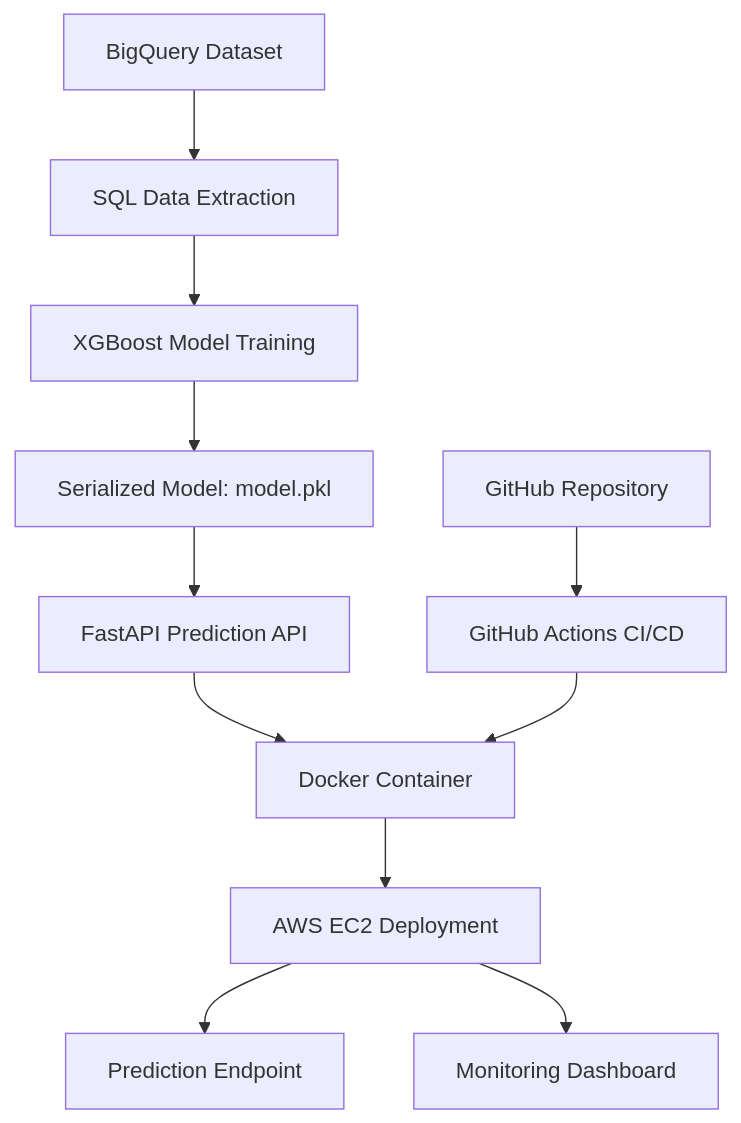
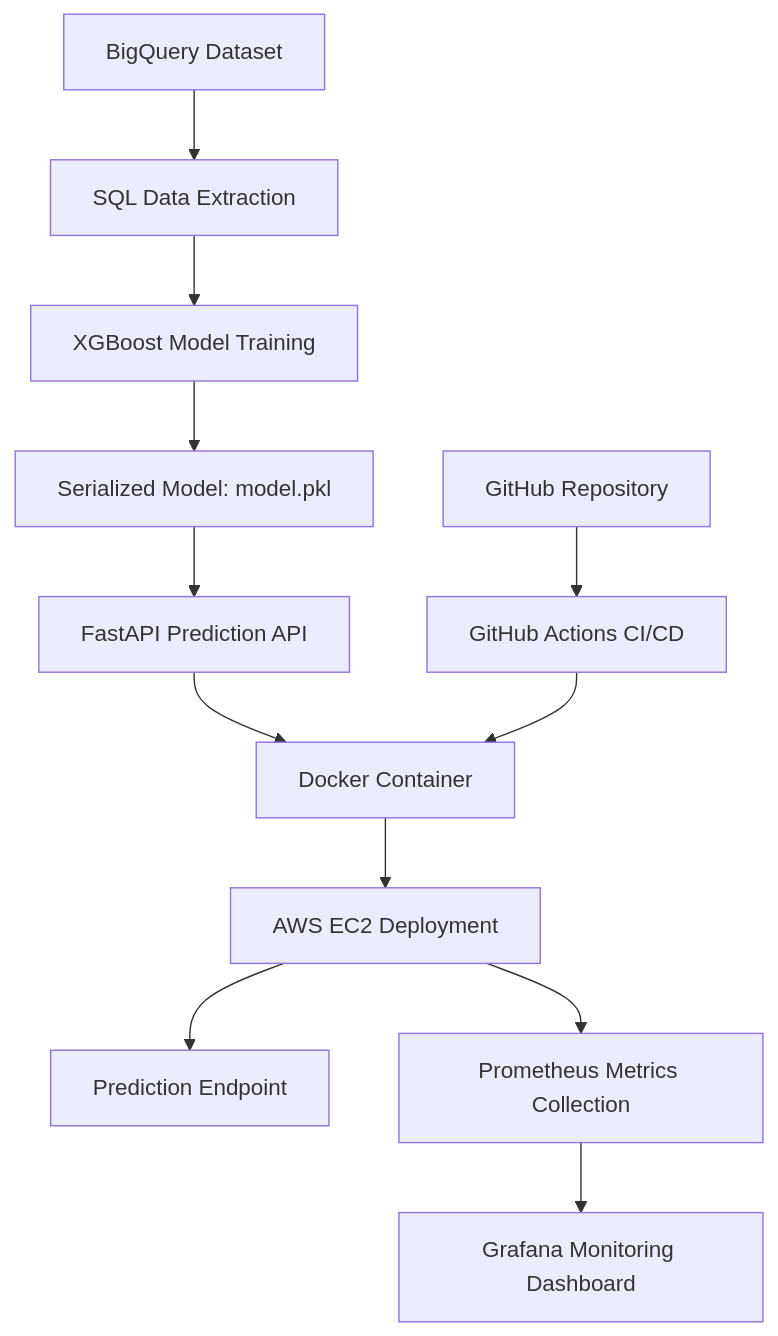
One commit to hihielsa/ml-cancellation-project changed the first of 2 diagrams in README.md. Above: the diagram before and after it, drawn with Mermaid.

````diff
--- a/README.md
+++ b/README.md
@@ -6,16 +6,18 @@
 ```mermaid
 flowchart TD
 
 A[BigQuery Dataset] --> B[SQL Data Extraction]
 B --> C[XGBoost Model Training]
 C --> D[Serialized Model: model.pkl]
 D --> E[FastAPI Prediction API]
 E --> F[Docker Container]
 F --> G[AWS EC2 Deployment]
 
 G --> H[Prediction Endpoint]
-G --> I[Monitoring Dashboard]
+
+G --> P[Prometheus Metrics Collection]
+P --> Q[Grafana Monitoring Dashboard]
 
 J[GitHub Repository] --> K[GitHub Actions CI/CD]
 K --> F
 ```
````
